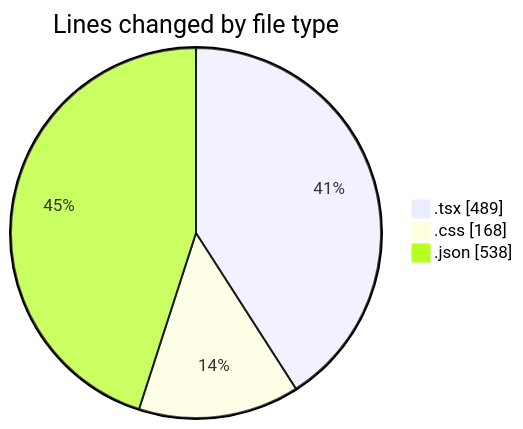
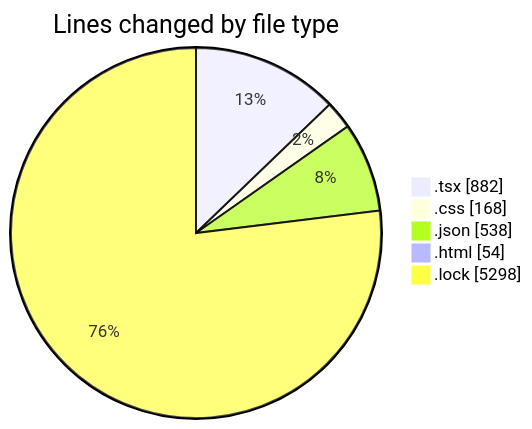
Before and after one commit to EIIisD/code-tracking: the first of 2 diagrams in 2025-08-12/ribbon/README.md, drawn with Mermaid. The commit also changed other lines of this file and 1 other file, not shown here.

````diff
--- a/2025-08-12/ribbon/README.md
+++ b/2025-08-12/ribbon/README.md
@@ -28,7 +31,9 @@
 ```mermaid
 pie showData
 title Lines changed by file type
-".tsx" : 489
+".tsx" : 882
 ".css" : 168
 ".json" : 538
+".html" : 54
+".lock" : 5298
 ```
````
